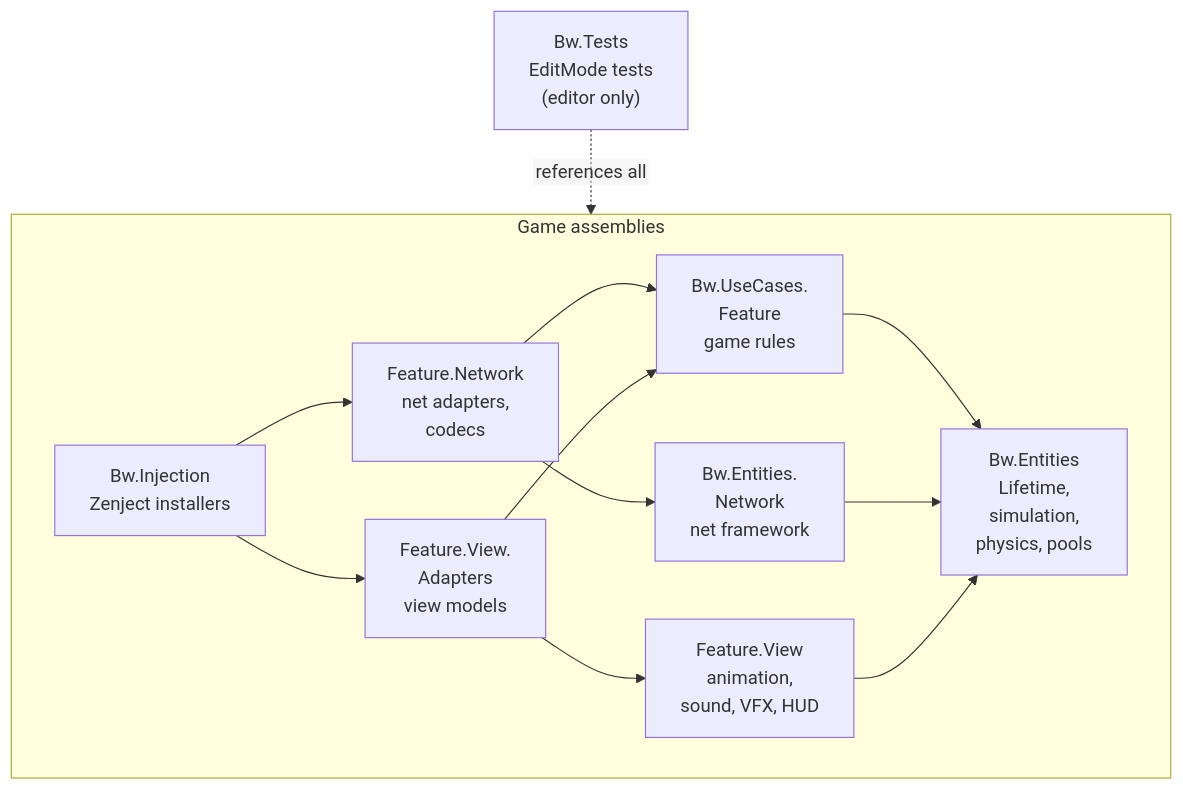
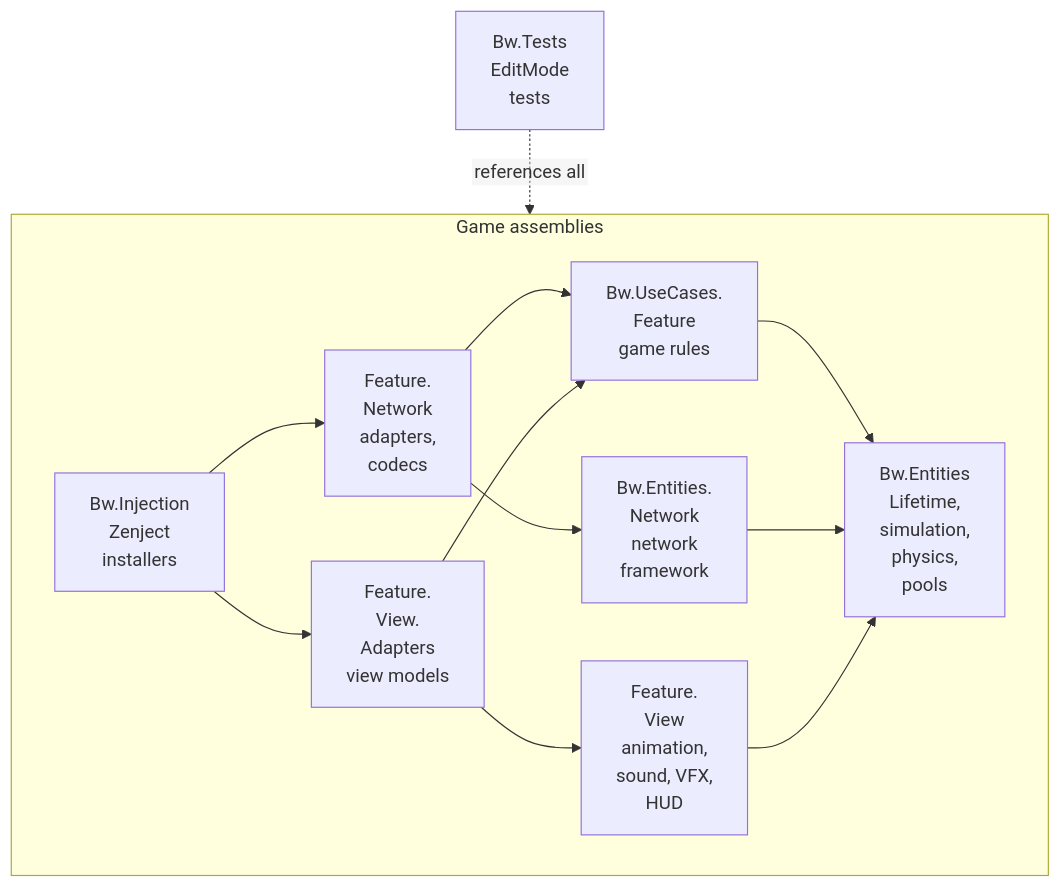
One commit to pndte/match-please changed the second of 8 diagrams in README.md. Above: the diagram before and after it, drawn with Mermaid. The commit also changed other lines of this file, not shown here.

````diff
--- a/README.md
+++ b/README.md
@@ -338,29 +338,29 @@
 ```mermaid
 ---
 config:
   flowchart:
     htmlLabels: false
 ---
 flowchart TB
-    Tests["Bw.Tests<br/>EditMode tests<br/>(editor only)"]
+    Tests["Bw.Tests<br/>EditMode<br/>tests"]
     subgraph Game["Game assemblies"]
-        Injection["Bw.Injection<br/>Zenject installers"]
-        Network["Feature.Network<br/>net adapters,<br/>codecs"]
-        Adapters["Feature.View.<br/>Adapters<br/>view models"]
-        View["Feature.View<br/>animation,<br/>sound, VFX, HUD"]
+        Injection["Bw.Injection<br/>Zenject<br/>installers"]
+        Network["Feature.<br/>Network<br/>adapters,<br/>codecs"]
+        Adapters["Feature.<br/>View.<br/>Adapters<br/>view models"]
+        View["Feature.<br/>View<br/>animation,<br/>sound, VFX,<br/>HUD"]
         Core["Bw.UseCases.<br/>Feature<br/>game rules"]
-        NetFw["Bw.Entities.<br/>Network<br/>net framework"]
-        Entities["Bw.Entities<br/>Lifetime,<br/>simulation,<br/>physics, pools"]
+        NetFw["Bw.Entities.<br/>Network<br/>network<br/>framework"]
+        Entities["Bw.Entities<br/>Lifetime,<br/>simulation,<br/>physics,<br/>pools"]
     end
 
     Tests -.->|references all| Game
     Injection --> Network
     Injection --> Adapters
     Network --> Core
     Network --> NetFw
     Adapters --> Core
     Adapters --> View
     Core --> Entities
     NetFw --> Entities
     View --> Entities
 ```
````
